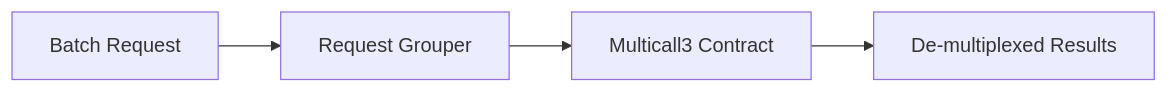
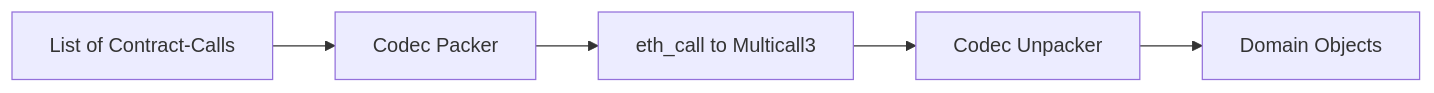
Before and after one commit to ImL1s/dart_web3: the diagram in dart_web3/packages/multicall/README.md, drawn with Mermaid. The commit also changed other lines of this file and 31 other files, not shown here.

````diff
--- a/dart_web3/packages/multicall/README.md
+++ b/dart_web3/packages/multicall/README.md
@@ -14,6 +17,7 @@
 ```mermaid
 graph LR
-    Batch[Batch Request] --> Grouper[Request Grouper]
-    Grouper --> MulticallContract[Multicall3 Contract]
-    MulticallContract --> Results[De-multiplexed Results]
+    Ops[List of Contract-Calls] --> Packer[Codec Packer]
+    Packer --> RPC[eth_call to Multicall3]
+    RPC --> Unpacker[Codec Unpacker]
+    Unpacker --> TypedResults[Domain Objects]
 ```
````
